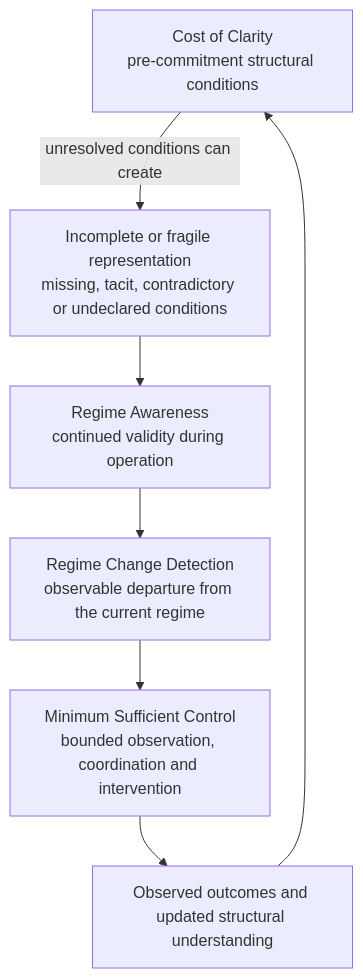
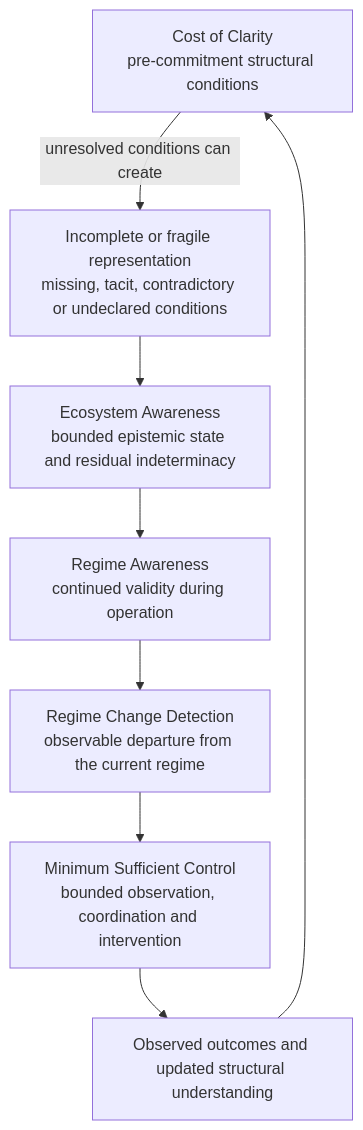
Before and after one commit to dakleyer/structural-awareness-contributions: the diagram in README.md, drawn with Mermaid. The commit also changed other lines of this file, not shown here.

Commit message:
Add frozen Ecosystem Awareness corpus to public repository map

````diff
--- a/README.md
+++ b/README.md
@@ -11,16 +11,18 @@
 ```mermaid
 flowchart TD
     C[Cost of Clarity<br/>pre-commitment structural conditions]
     B[Incomplete or fragile representation<br/>missing, tacit, contradictory or undeclared conditions]
+    E[Ecosystem Awareness<br/>bounded epistemic state and residual indeterminacy]
     R[Regime Awareness<br/>continued validity during operation]
     D[Regime Change Detection<br/>observable departure from the current regime]
     M[Minimum Sufficient Control<br/>bounded observation, coordination and intervention]
     O[Observed outcomes and updated structural understanding]
 
     C -->|unresolved conditions can create| B
-    B --> R
+    B --> E
+    E --> R
     R --> D
     D --> M
     M --> O
     O --> C
 ```
````
